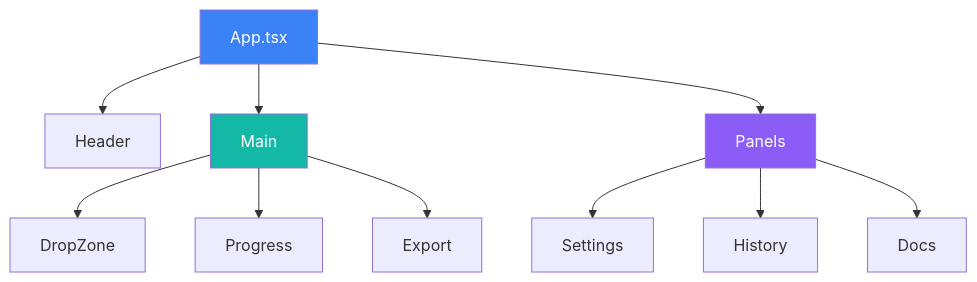
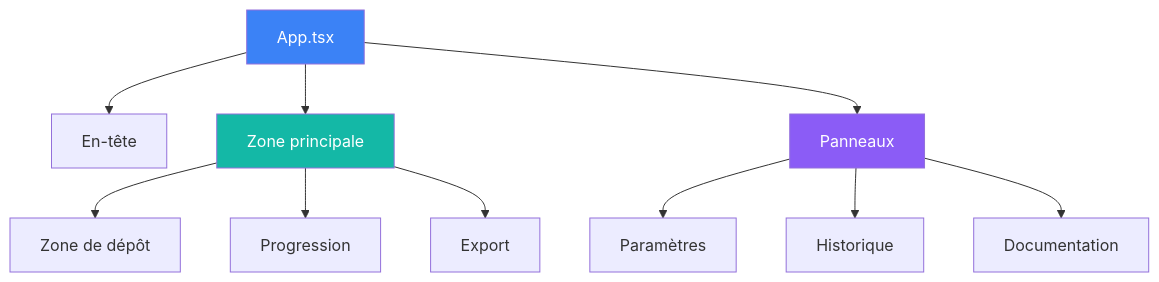
One commit to duckling-ui/duckling changed the seventh of 8 diagrams in docs/fr/architecture/diagrams.md. Above: the diagram before and after it, drawn with Mermaid. The commit also changed other lines of this file and 133 other files, not shown here.

````diff
--- a/docs/fr/architecture/diagrams.md
+++ b/docs/fr/architecture/diagrams.md
@@ -190,20 +190,20 @@
 ```mermaid
 graph TD
     App[App.tsx]
 
-    App --> Header
-    App --> Main
-    App --> Panels
+    App --> Header[En-tête]
+    App --> Main[Zone principale]
+    App --> Panels[Panneaux]
 
-    Main --> DropZone
-    Main --> Progress
-    Main --> Export
+    Main --> DropZone[Zone de dépôt]
+    Main --> Progress[Progression]
+    Main --> Export[Export]
 
-    Panels --> Settings
-    Panels --> History
-    Panels --> Docs
+    Panels --> Settings[Paramètres]
+    Panels --> History[Historique]
+    Panels --> Docs[Documentation]
 
     style App fill:#3b82f6,color:#fff
     style Main fill:#14b8a6,color:#fff
     style Panels fill:#8b5cf6,color:#fff
 ```
````
